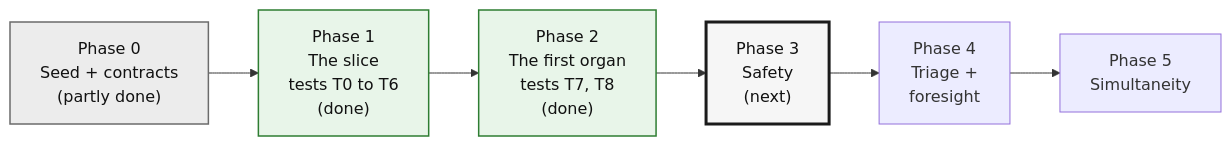
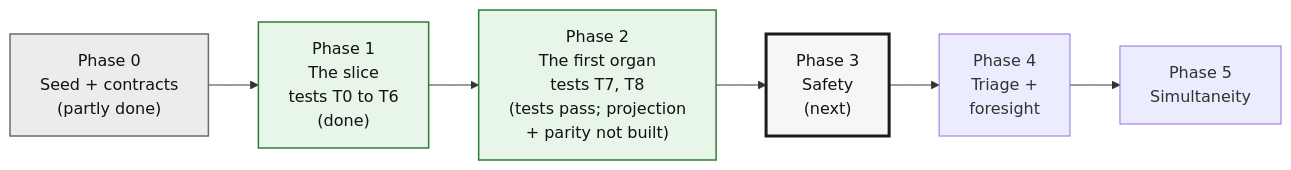
The first of 6 diagrams in docs/plexus/DIAGRAMS.md (JosephOIbrahim/Plexus), drawn with Mermaid before and after one commit. The commit also changed other lines of this file and 1 other file, not shown here.

First line of the commit message:
readme, diagrams: alpha.13 is the latest release, and Phase 2 is done by its frozen tests with L3 projection and composer parity not built

````diff
--- a/docs/plexus/DIAGRAMS.md
+++ b/docs/plexus/DIAGRAMS.md
@@ -28,13 +28,13 @@
 ```mermaid
 flowchart LR
     P0["Phase 0<br/>Seed + contracts<br/>(partly done)"]:::partial
     P1["Phase 1<br/>The slice<br/>tests T0 to T6<br/>(done)"]:::done
-    P2["Phase 2<br/>The first organ<br/>tests T7, T8<br/>(done)"]:::done
+    P2["Phase 2<br/>The first organ<br/>tests T7, T8<br/>(tests pass; projection<br/>+ parity not built)"]:::done
     P3["Phase 3<br/>Safety<br/>(next)"]:::next
     P4["Phase 4<br/>Triage +<br/>foresight"]
     P5["Phase 5<br/>Simultaneity"]
     P0 --> P1 --> P2 --> P3 --> P4 --> P5
     classDef partial fill:#ececec,stroke:#6b6b6b,stroke-width:1.5px,color:#111
     classDef next fill:#f6f6f6,stroke:#1b1b1b,stroke-width:3px,color:#111
     classDef done fill:#e8f5e9,stroke:#2e7d32,stroke-width:1.5px,color:#111
 ```
````
